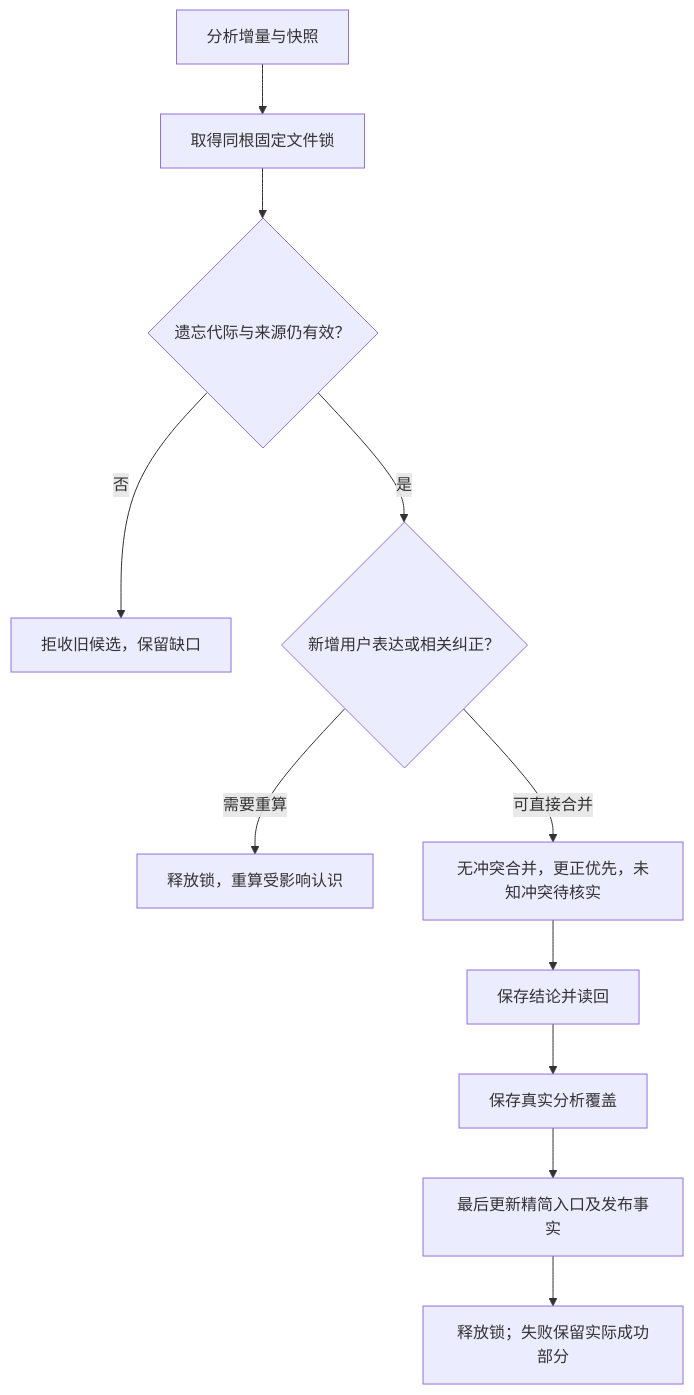
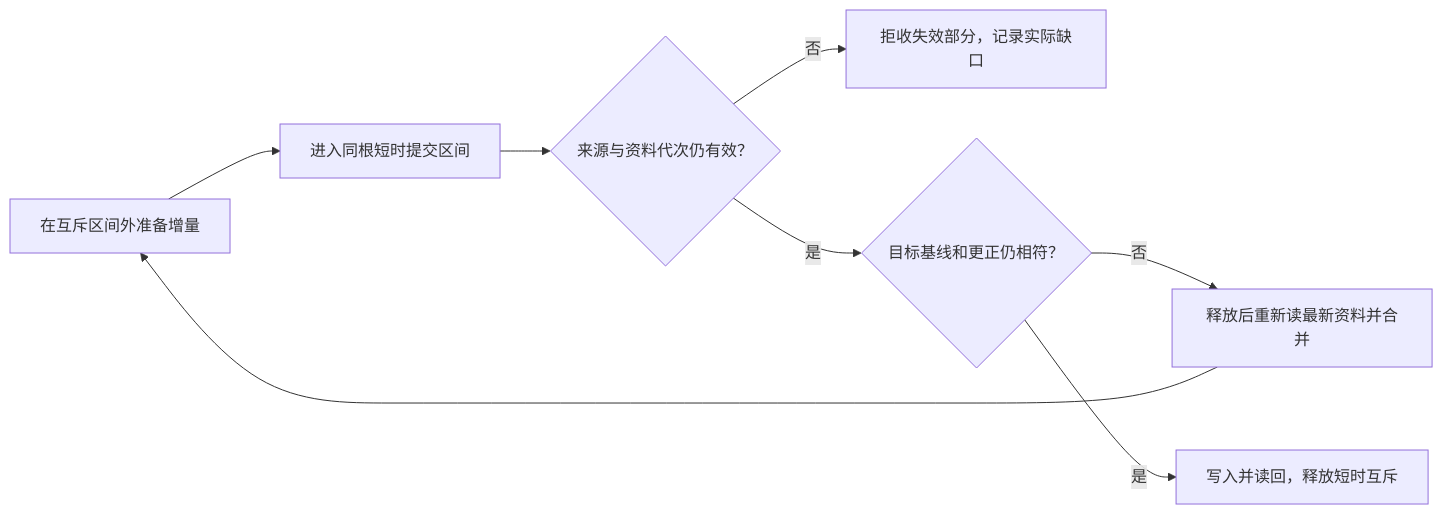
Before and after one commit to Ena-Heleneto/agent-foundry: the second of 17 diagrams in specs/skills/20261029-speckit-workflow-foundation/diagrams.md, drawn with Mermaid. The commit also changed other lines of this file and 124 other files, not shown here.

````diff
--- a/specs/skills/20261029-speckit-workflow-foundation/diagrams.md
+++ b/specs/skills/20261029-speckit-workflow-foundation/diagrams.md
@@ -25,13 +30,10 @@
 ```mermaid
-flowchart TD
-    D["分析增量与快照"] --> L["取得同根固定文件锁"]
-    L --> G{"遗忘代际与来源仍有效？"}
-    G -->|否| X["拒收旧候选，保留缺口"]
-    G -->|是| U{"新增用户表达或相关纠正？"}
-    U -->|需要重算| R["释放锁，重算受影响认识"]
-    U -->|可直接合并| M["无冲突合并，更正优先，未知冲突待核实"]
-    M --> A["保存结论并读回"]
-    A --> C["保存真实分析覆盖"]
-    C --> P["最后更新精简入口及发布事实"]
-    P --> F["释放锁；失败保留实际成功部分"]
+flowchart LR
+    A["在互斥区间外准备增量"] --> B["进入同根短时提交区间"]
+    B --> C{"来源与资料代次仍有效？"}
+    C -->|否| D["拒收失效部分，记录实际缺口"]
+    C -->|是| E{"目标基线和更正仍相符？"}
+    E -->|否| F["释放后重新读最新资料并合并"]
+    F --> A
+    E -->|是| G["写入并读回，释放短时互斥"]
 ```
````
